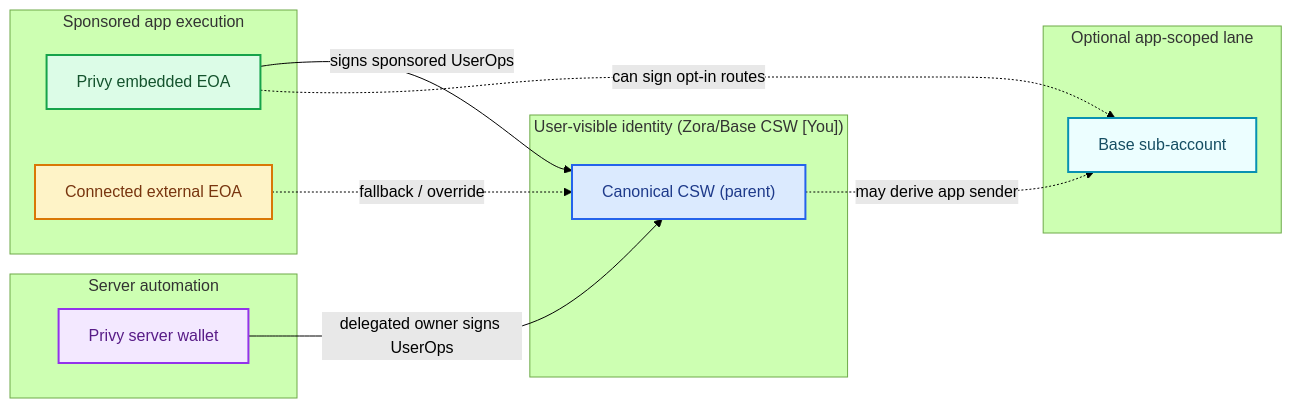
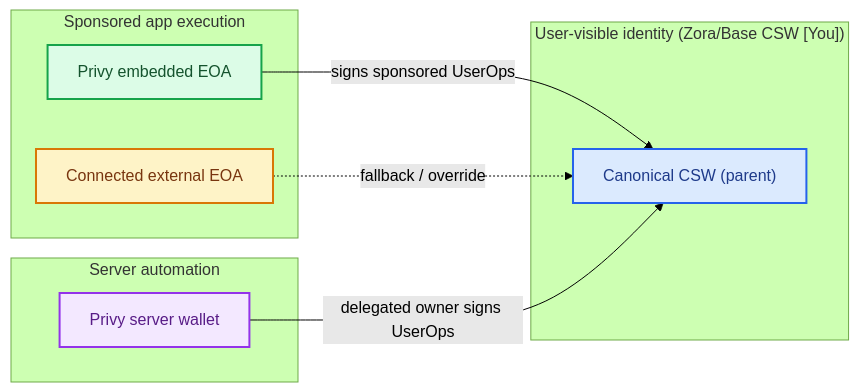
One commit to 4626fun/4626 changed the diagram in docs/wallet-architecture.md. Above: the diagram before and after it, drawn with Mermaid (forest theme). The commit also changed other lines of this file and 18 other files, not shown here.

````diff
--- a/docs/wallet-architecture.md
+++ b/docs/wallet-architecture.md
@@ -37,31 +39,24 @@
 ```mermaid
 flowchart LR
   subgraph Identity["User-visible identity (Zora/Base CSW [You])"]
     CSW["Canonical CSW (parent)"]:::identity
   end
 
   subgraph AppExecution["Sponsored app execution"]
     Embedded["Privy embedded EOA"]:::execution
     External["Connected external EOA"]:::fallback
   end
 
-  subgraph OptionalExecution["Optional app-scoped lane"]
-    Sub["Base sub-account"]:::optional
-  end
-
   subgraph Automation["Server automation"]
     Server["Privy server wallet"]:::automation
   end
 
   Embedded -->|"signs sponsored UserOps"| CSW
   External -.->|"fallback / override"| CSW
-  CSW -.->|"may derive app sender"| Sub
-  Embedded -.->|"can sign opt-in routes"| Sub
   Server -->|"delegated owner signs UserOps"| CSW
 
   classDef identity fill:#DBEAFE,stroke:#2563EB,stroke-width:2px,color:#1E3A8A;
   classDef execution fill:#DCFCE7,stroke:#16A34A,stroke-width:2px,color:#14532D;
-  classDef optional fill:#ECFEFF,stroke:#0891B2,stroke-width:2px,color:#164E63;
   classDef fallback fill:#FEF3C7,stroke:#D97706,stroke-width:2px,color:#78350F;
   classDef automation fill:#F3E8FF,stroke:#9333EA,stroke-width:2px,color:#581C87;
 ```
````
